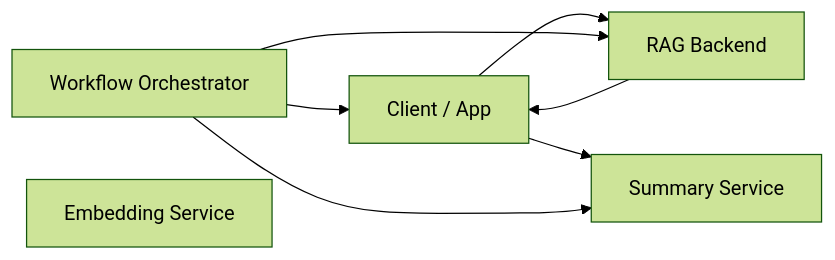
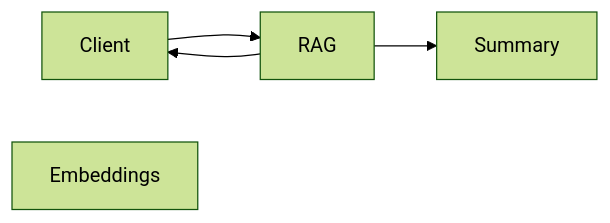
One commit to ai-backend-course/.github changed the diagram in profile/README.md. Above: the diagram before and after it, drawn with Mermaid (forest theme).

Commit message:
simpler diagram2

````diff
--- a/profile/README.md
+++ b/profile/README.md
@@ -14,22 +14,11 @@
 ```mermaid
 flowchart LR
 
-    Client[Client / App]
-
-    RAG[RAG Backend]
-    Summary[Summary Service]
-    Orchestrator[Workflow Orchestrator]
-    Embeddings[Embedding Service]
-
     Client --> RAG
+    RAG --> Summary
     RAG --> Client
-
-    Client --> Summary
-
-    Orchestrator --> RAG
-    Orchestrator --> Summary
-    Orchestrator --> Client
 
     Embeddings
 
+
 ```
````
